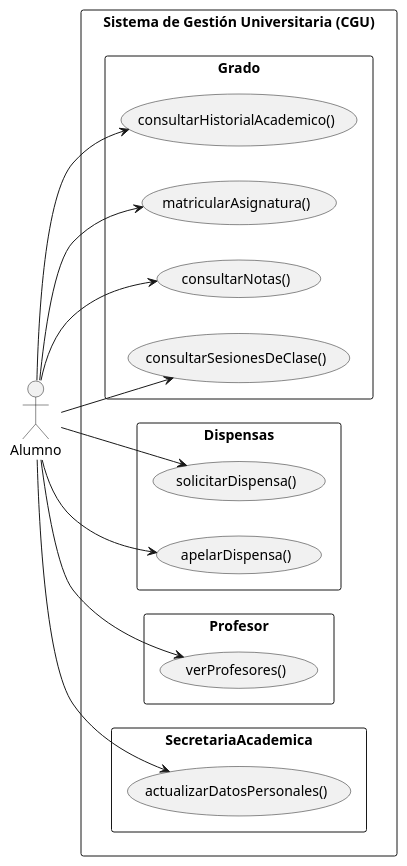
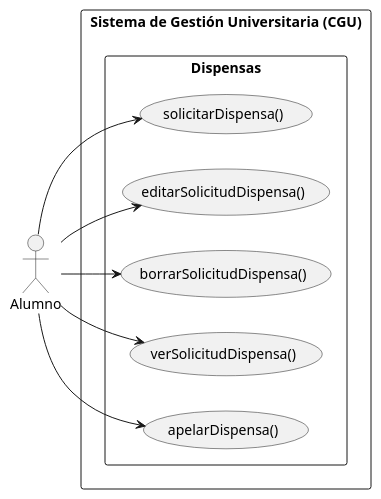
The diagram in documents/CasosDeUso/Alumno/DdCdU.puml (enmabry/25-26-IdSw1-SdR), drawn with PlantUML before and after one commit. The commit also changed 1 other file, not shown here.

Commit message:
Refactorizacion del Diagrama de Casos de Uso para Alumno

```diff
--- a/documents/CasosDeUso/Alumno/DdCdU.puml
+++ b/documents/CasosDeUso/Alumno/DdCdU.puml
@@ -1,40 +1,25 @@
 @startuml
 left to right direction
 skinparam packageStyle rectangle
 
 actor Alumno
 
 rectangle "Sistema de Gestión Universitaria (CGU)" {
 
-    package "Grado" {
-        usecase "consultarHistorialAcademico()" as ConsultarHistorial
-        usecase "matricularAsignatura()" as MatricularAsignatura
-        usecase "consultarNotas()" as ConsultarNotas
-        usecase "consultarSesionesDeClase()" as ConsultarSesiones
-    }
-
     package "Dispensas" {
         usecase "solicitarDispensa()" as SolicitarDispensa
+        usecase "editarSolicitudDispensa()" as EditarSolicitudDispensa
+        usecase "borrarSolicitudDispensa()" as BorrarSolicitudDispensa
+        usecase "verSolicitudDispensa()" as VerSolicitudDispensa
         usecase "apelarDispensa()" as ApelarDispensa
-    }
-
-    package "Profesor" {
-        usecase "verProfesores()" as VerProfesores
-    }
-
-    package "SecretariaAcademica" {
-        usecase "actualizarDatosPersonales()" as ActualizarDatos
     }
 
 }
 
 Alumno --> SolicitarDispensa
+Alumno --> EditarSolicitudDispensa
+Alumno --> BorrarSolicitudDispensa
+Alumno --> VerSolicitudDispensa
 Alumno --> ApelarDispensa
-Alumno --> ConsultarHistorial
-Alumno --> MatricularAsignatura
-Alumno --> ConsultarNotas
-Alumno --> ConsultarSesiones
-Alumno --> VerProfesores
-Alumno --> ActualizarDatos
 
 @enduml
```
